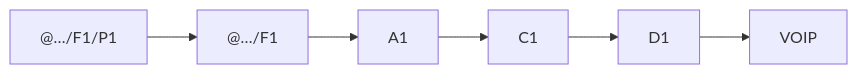
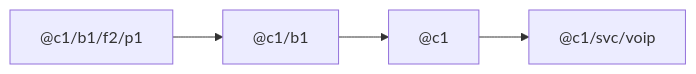
The third of 3 diagrams in guide/tni-floor-connectivity.md (DefaultUsernameWasAleadyTaken/TNI-ModManager-Plus), drawn with Mermaid before and after one commit. The commit also changed other lines of this file and 1 other file, not shown here.

````diff
--- a/guide/tni-floor-connectivity.md
+++ b/guide/tni-floor-connectivity.md
@@ -182,4 +332,4 @@
 ```mermaid
 flowchart LR
-  p1["@…/F1/P1"] --> f1["@…/F1"] --> a1["A1"] --> c1["C1"] --> d1["D1"] --> voip["VOIP"]
+  p1["@c1/b1/f2/p1"] --> b1["@c1/b1"] --> c1["@c1"] --> svc["@c1/svc/voip"]
 ```
````
